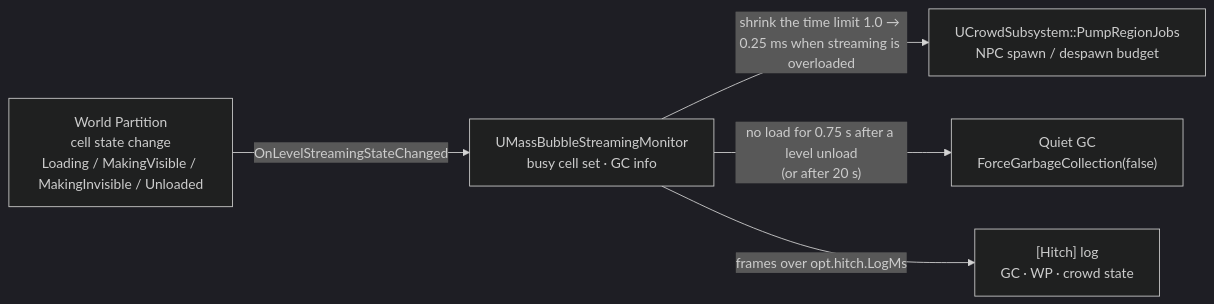
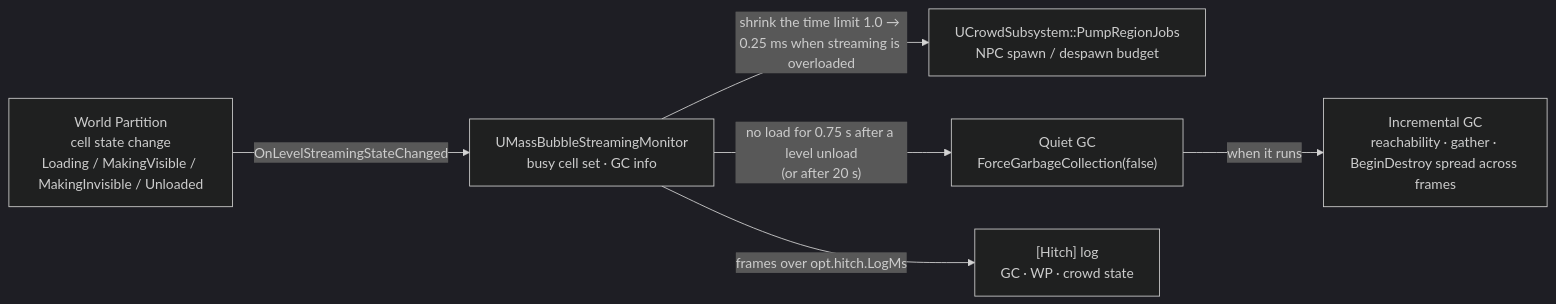
The fourth of 4 diagrams in MassBubble/README_EN.md (woodsshin/GameServer), drawn with Mermaid (dark theme) before and after one commit. The commit also changed other lines of this file and 26 other files, not shown here.

````diff
--- a/MassBubble/README_EN.md
+++ b/MassBubble/README_EN.md
@@ -773,13 +861,15 @@
 ```mermaid
 flowchart LR
     WP["World Partition<br/>cell state change<br/>Loading / MakingVisible / MakingInvisible / Unloaded"]
     MON["UMassBubbleStreamingMonitor<br/>busy cell set · GC info"]
     CROWD["UCrowdSubsystem::PumpRegionJobs<br/>NPC spawn / despawn budget"]
     GC["Quiet GC<br/>ForceGarbageCollection(false)"]
+    IGC["Incremental GC<br/>reachability · gather · BeginDestroy spread across frames"]
     LOG["[Hitch] log<br/>GC · WP · crowd state"]
 
     WP -- "OnLevelStreamingStateChanged" --> MON
     MON -- "shrink the time limit 1.0 → 0.25 ms when streaming is overloaded" --> CROWD
     MON -- "no load for 0.75 s after a level unload<br/>(or after 20 s)" --> GC
+    GC -- "when it runs" --> IGC
     MON -- "frames over opt.hitch.LogMs" --> LOG
 ```
````
